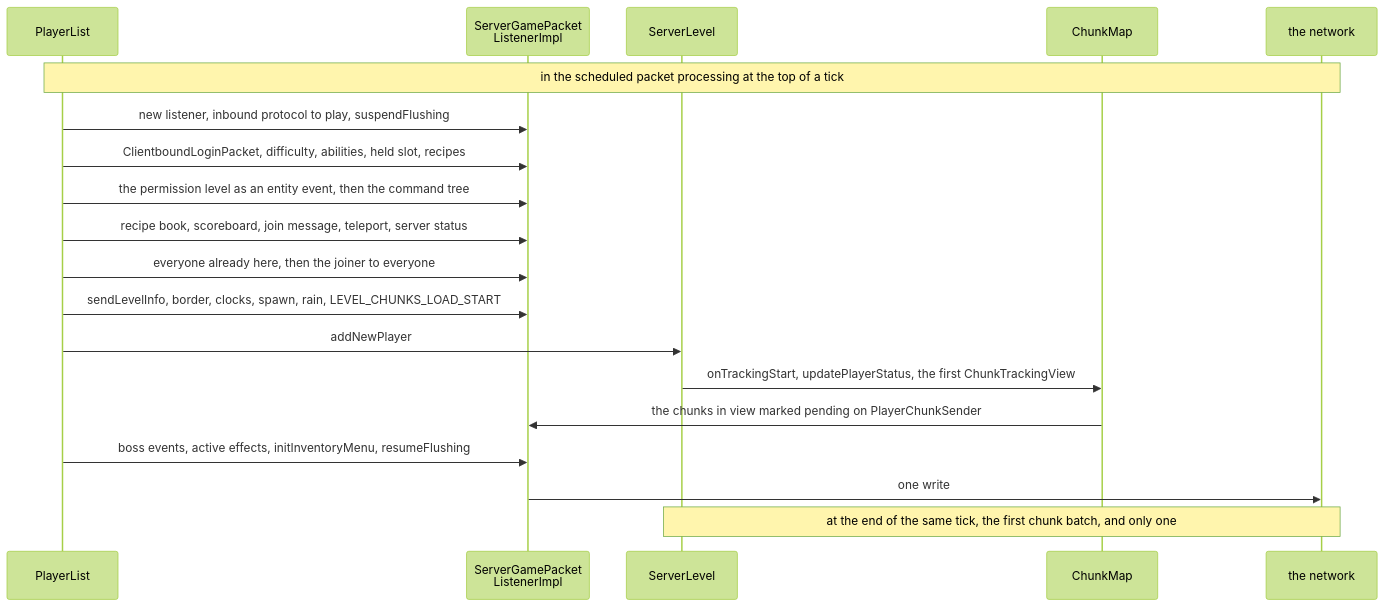
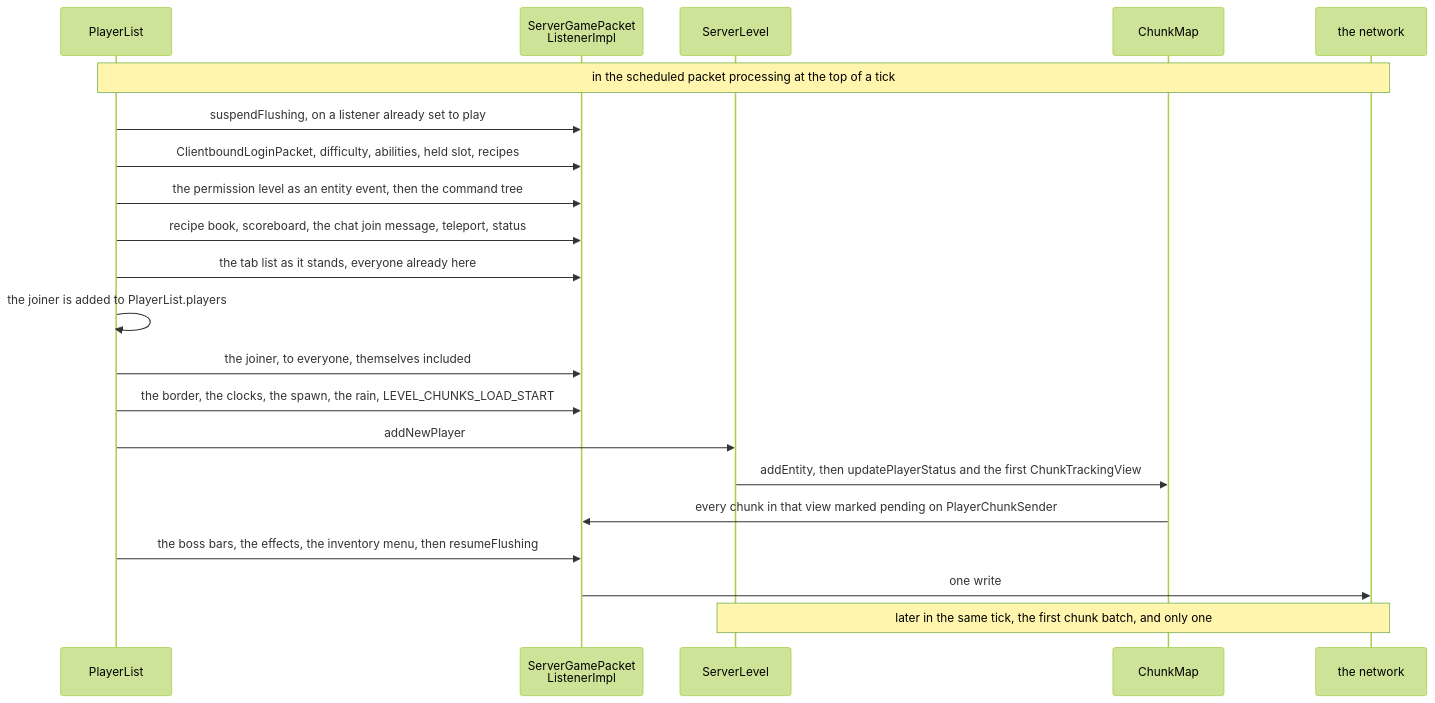
Before and after one commit to AlexanderjFraser/MinecraftDocs: the second of 2 diagrams in src/systems/server/players-and-sessions.md, drawn with Mermaid (forest theme). The commit also changed other lines of this file and 12 other files, not shown here.

````diff
--- a/src/systems/server/players-and-sessions.md
+++ b/src/systems/server/players-and-sessions.md
@@ -192,22 +206,24 @@
 ```mermaid
 sequenceDiagram
     participant PL as PlayerList
     participant SGPL as ServerGamePacket<br/>ListenerImpl
     participant SL as ServerLevel
     participant CM as ChunkMap
     participant Wire as the network
 
     Note over PL,Wire: in the scheduled packet processing at the top of a tick
-    PL->>SGPL: new listener, inbound protocol to play, suspendFlushing
+    PL->>SGPL: suspendFlushing, on a listener already set to play
     PL->>SGPL: ClientboundLoginPacket, difficulty, abilities, held slot, recipes
     PL->>SGPL: the permission level as an entity event, then the command tree
-    PL->>SGPL: recipe book, scoreboard, join message, teleport, server status
-    PL->>SGPL: everyone already here, then the joiner to everyone
-    PL->>SGPL: sendLevelInfo, border, clocks, spawn, rain, LEVEL_CHUNKS_LOAD_START
+    PL->>SGPL: recipe book, scoreboard, the chat join message, teleport, status
+    PL->>SGPL: the tab list as it stands, everyone already here
+    PL->>PL: the joiner is added to PlayerList.players
+    PL->>SGPL: the joiner, to everyone, themselves included
+    PL->>SGPL: the border, the clocks, the spawn, the rain, LEVEL_CHUNKS_LOAD_START
     PL->>SL: addNewPlayer
-    SL->>CM: onTrackingStart, updatePlayerStatus, the first ChunkTrackingView
-    CM->>SGPL: the chunks in view marked pending on PlayerChunkSender
-    PL->>SGPL: boss events, active effects, initInventoryMenu, resumeFlushing
+    SL->>CM: addEntity, then updatePlayerStatus and the first ChunkTrackingView
+    CM->>SGPL: every chunk in that view marked pending on PlayerChunkSender
+    PL->>SGPL: the boss bars, the effects, the inventory menu, then resumeFlushing
     SGPL->>Wire: one write
-    Note over SL,Wire: at the end of the same tick, the first chunk batch, and only one
+    Note over SL,Wire: later in the same tick, the first chunk batch, and only one
 ```
````
